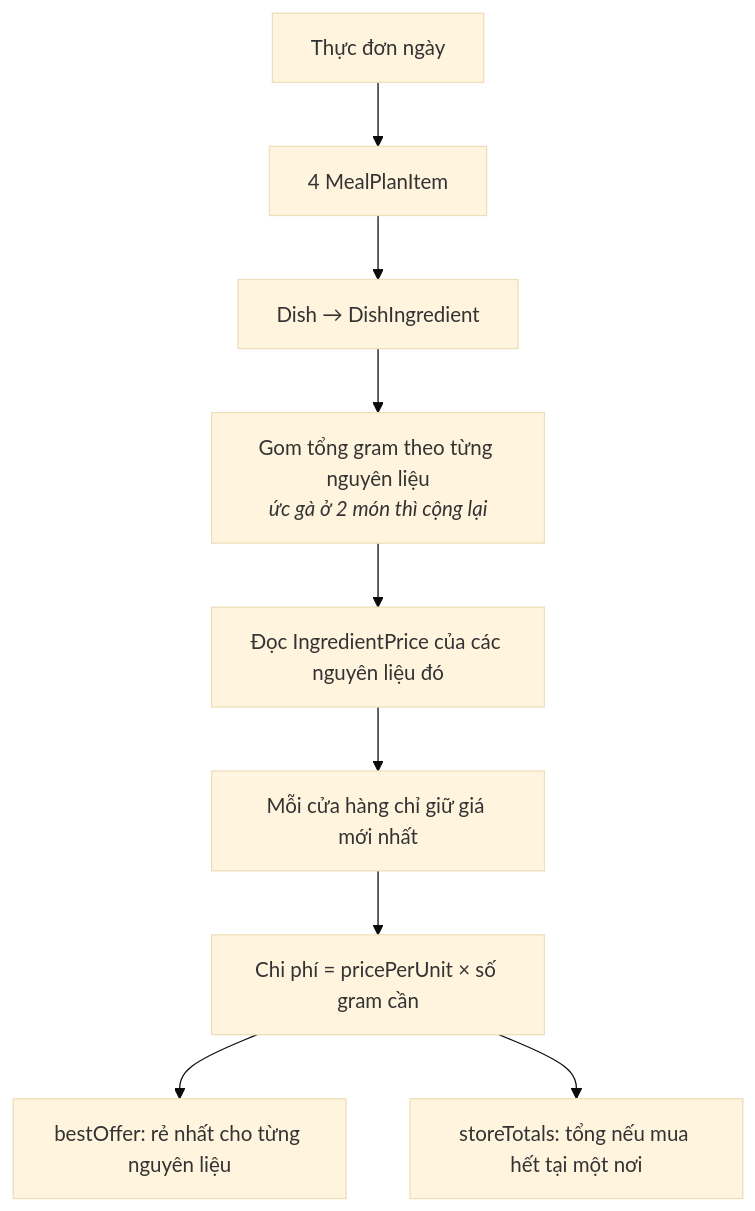
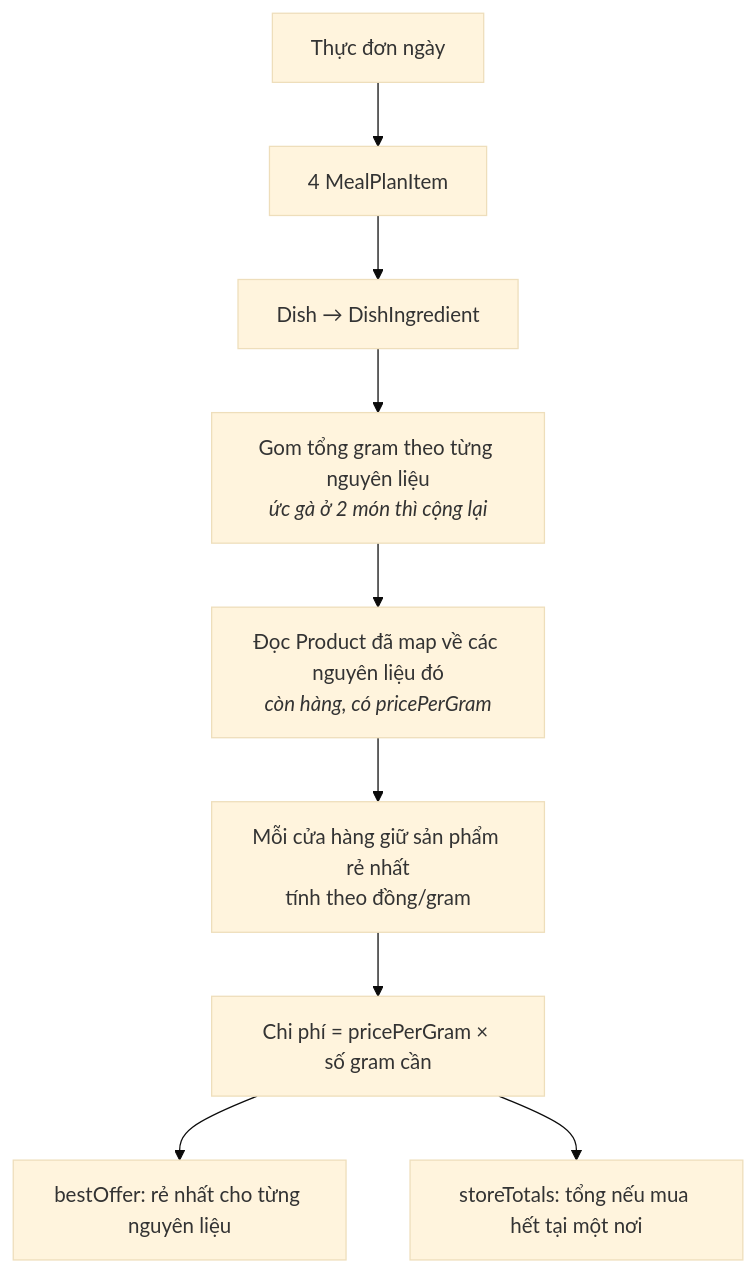
The fourth of 4 diagrams in Backend/docs/05-nghiep-vu.md (FlyingFish183/StudentBites), drawn with Mermaid (base theme) before and after one commit. The commit also changed other lines of this file and 9 other files, not shown here.

First line of the commit message:
docs: ERD sinh tự động + cập nhật tài liệu theo mô hình mới

````diff
--- a/Backend/docs/05-nghiep-vu.md
+++ b/Backend/docs/05-nghiep-vu.md
@@ -226,11 +226,11 @@
 ```mermaid
 flowchart TB
     PLAN["Thực đơn ngày"] --> ITEMS["4 MealPlanItem"]
     ITEMS --> DISH["Dish → DishIngredient"]
     DISH --> SUM["Gom tổng gram theo từng nguyên liệu<br/><i>ức gà ở 2 món thì cộng lại</i>"]
-    SUM --> PRICE["Đọc IngredientPrice của các nguyên liệu đó"]
-    PRICE --> LATEST["Mỗi cửa hàng chỉ giữ giá mới nhất"]
-    LATEST --> COST["Chi phí = pricePerUnit × số gram cần"]
+    SUM --> PRICE["Đọc Product đã map về các nguyên liệu đó<br/><i>còn hàng, có pricePerGram</i>"]
+    PRICE --> LATEST["Mỗi cửa hàng giữ sản phẩm rẻ nhất<br/>tính theo đồng/gram"]
+    LATEST --> COST["Chi phí = pricePerGram × số gram cần"]
     COST --> BEST["bestOffer: rẻ nhất cho từng nguyên liệu"]
     COST --> TOTALS["storeTotals: tổng nếu mua hết tại một nơi"]
 ```
````
